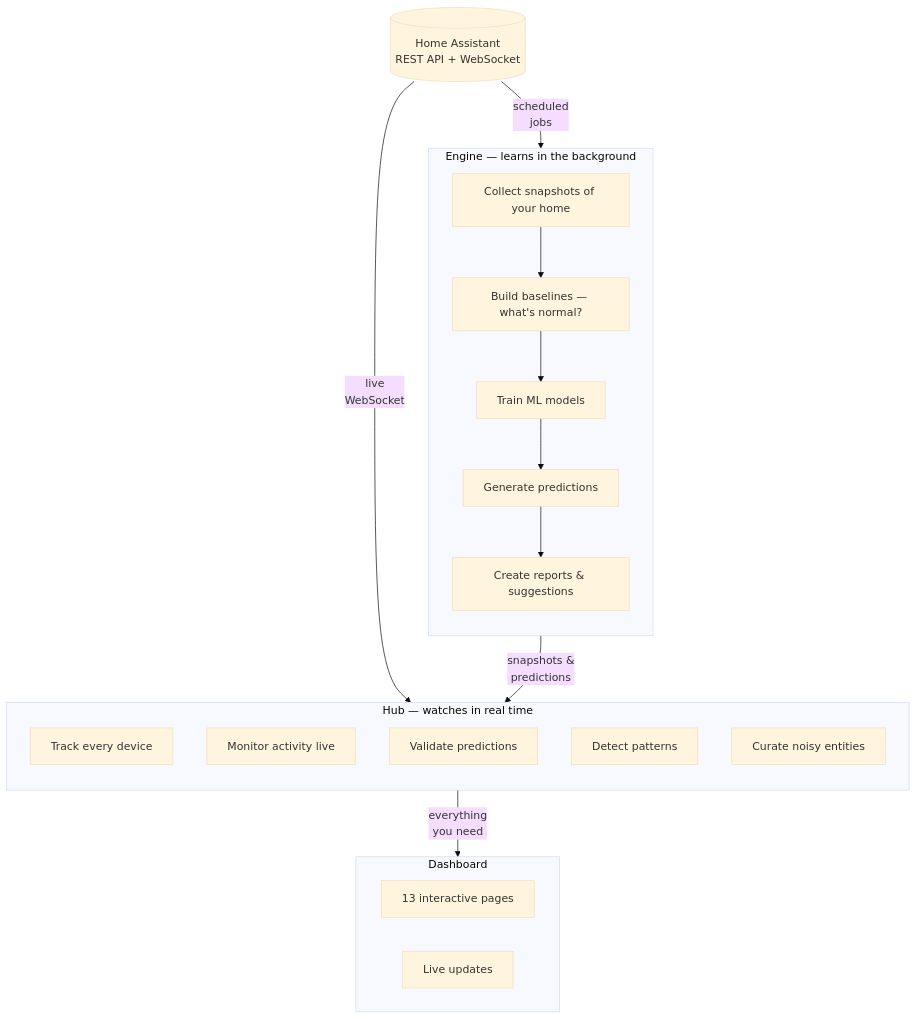
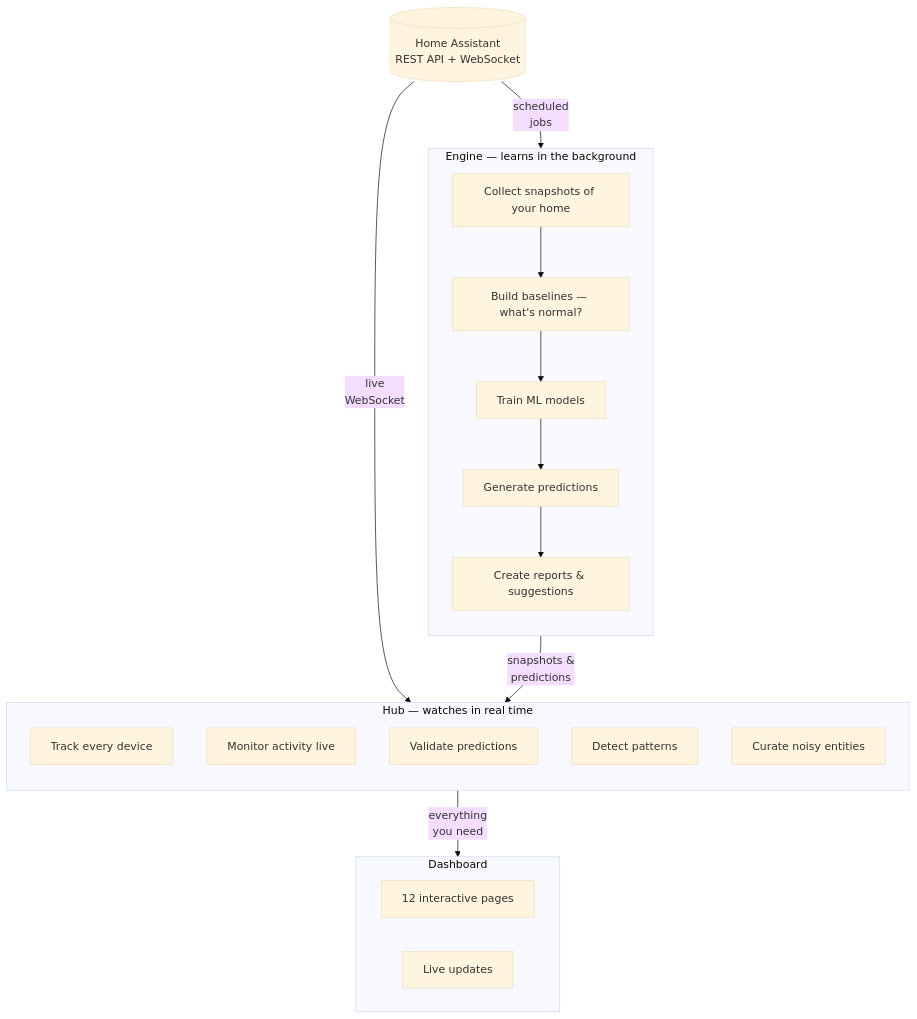
Before and after one commit to erennew/ha-aria: the diagram in README.md, drawn with Mermaid (base theme). The commit also changed other lines of this file, not shown here.

````diff
--- a/README.md
+++ b/README.md
@@ -122,33 +122,33 @@
 ```mermaid
 flowchart TB
     HA[("Home Assistant\nREST API + WebSocket")]
 
     subgraph Engine ["Engine — learns in the background"]
         direction TB
         E1["Collect snapshots of your home"]
         E2["Build baselines — what's normal?"]
         E3["Train ML models"]
         E4["Generate predictions"]
         E5["Create reports & suggestions"]
         E1 --> E2 --> E3 --> E4 --> E5
     end
 
     subgraph Hub ["Hub — watches in real time"]
         direction TB
         H1["Track every device"]
         H2["Monitor activity live"]
         H3["Validate predictions"]
         H4["Detect patterns"]
         H5["Curate noisy entities"]
     end
 
     subgraph Dash ["Dashboard"]
-        D1["13 interactive pages"]
+        D1["12 interactive pages"]
         D2["Live updates"]
     end
 
     HA -- "scheduled\njobs" --> Engine
     HA -- "live\nWebSocket" --> Hub
     Engine -- "snapshots &\npredictions" --> Hub
     Hub -- "everything\nyou need" --> Dash
 ```
````
